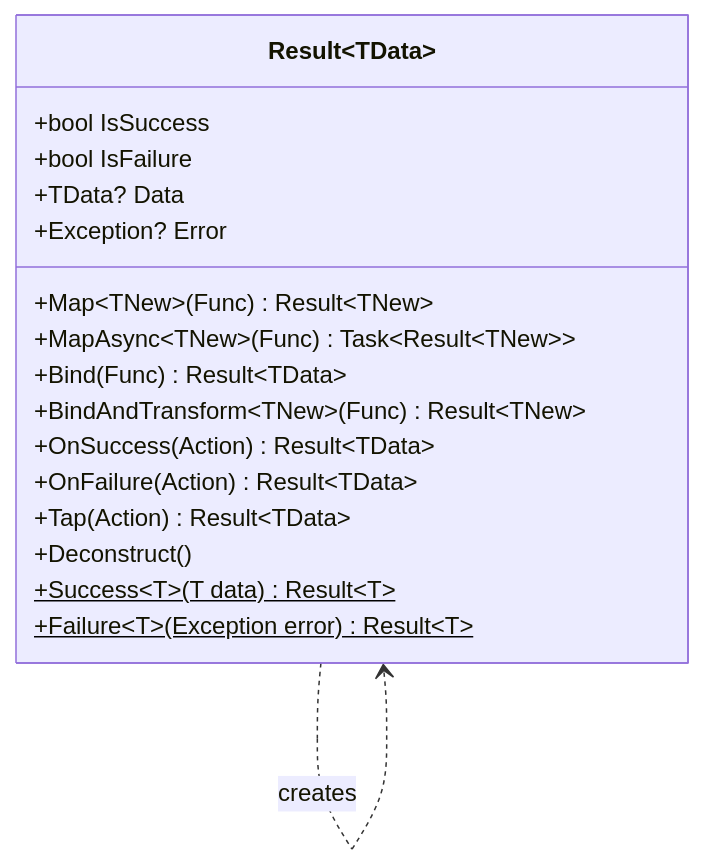
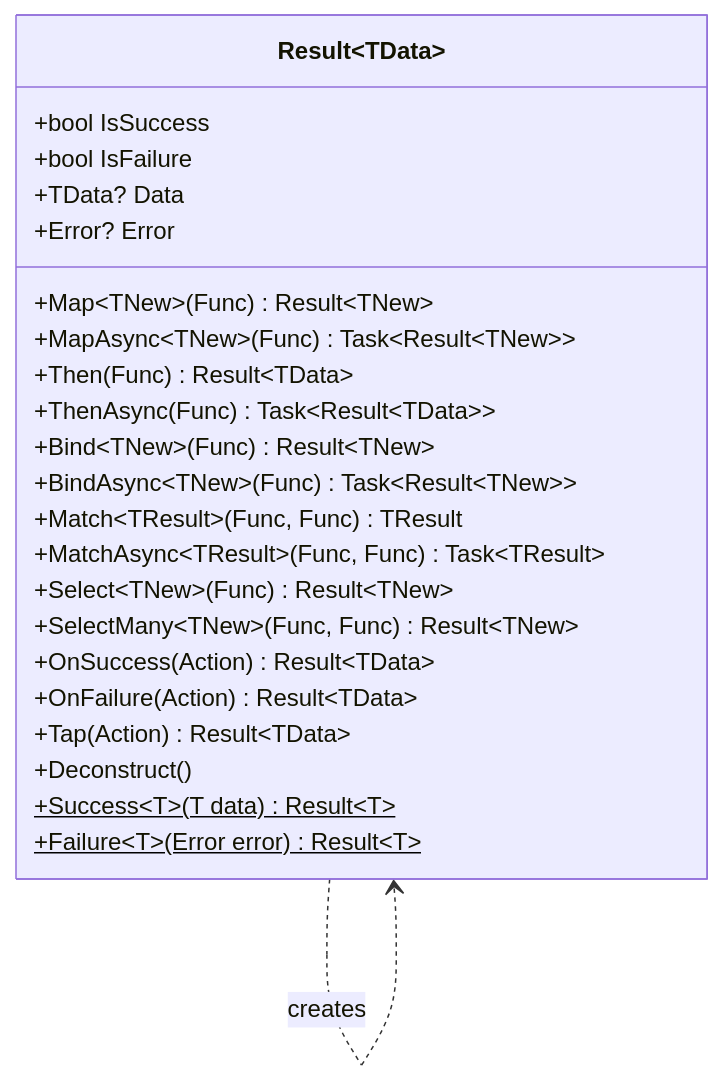
Before and after one commit to MauroVerberkt/MaVe: the first of 2 diagrams in docs/architecture/design/helper-monads.md, drawn with Mermaid. The commit also changed other lines of this file and 18 other files, not shown here.

````diff
--- a/docs/architecture/design/helper-monads.md
+++ b/docs/architecture/design/helper-monads.md
@@ -22,24 +22,30 @@
 ```mermaid
 classDiagram
     class Result~TData~ {
         +bool IsSuccess
         +bool IsFailure
         +TData? Data
-        +Exception? Error
+        +Error? Error
         +Map~TNew~(Func) Result~TNew~
         +MapAsync~TNew~(Func) Task~Result~TNew~~
-        +Bind(Func) Result~TData~
-        +BindAndTransform~TNew~(Func) Result~TNew~
+        +Then(Func) Result~TData~
+        +ThenAsync(Func) Task~Result~TData~~
+        +Bind~TNew~(Func) Result~TNew~
+        +BindAsync~TNew~(Func) Task~Result~TNew~~
+        +Match~TResult~(Func, Func) TResult
+        +MatchAsync~TResult~(Func, Func) Task~TResult~
+        +Select~TNew~(Func) Result~TNew~
+        +SelectMany~TNew~(Func, Func) Result~TNew~
         +OnSuccess(Action) Result~TData~
         +OnFailure(Action) Result~TData~
         +Tap(Action) Result~TData~
         +Deconstruct()
     }
 
     class Result {
         +Success~T~(T data)$ Result~T~
-        +Failure~T~(Exception error)$ Result~T~
+        +Failure~T~(Error error)$ Result~T~
     }
 
     Result ..> Result~TData~ : creates
 ```
````
